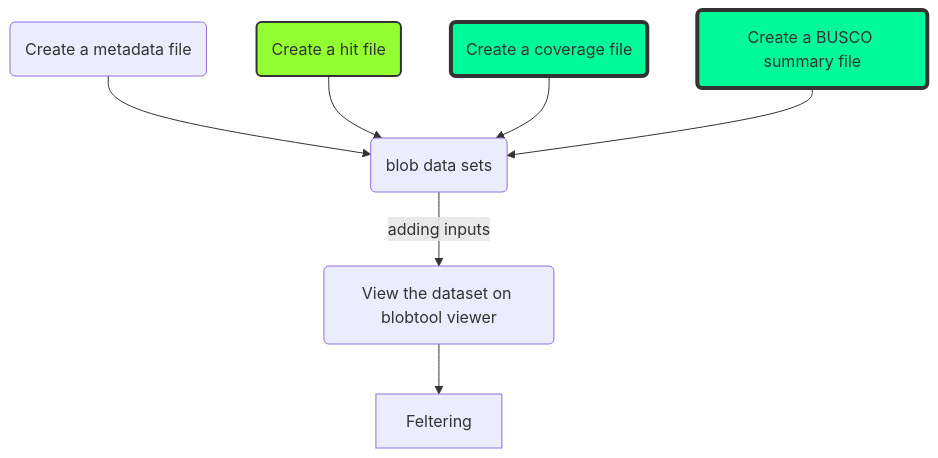
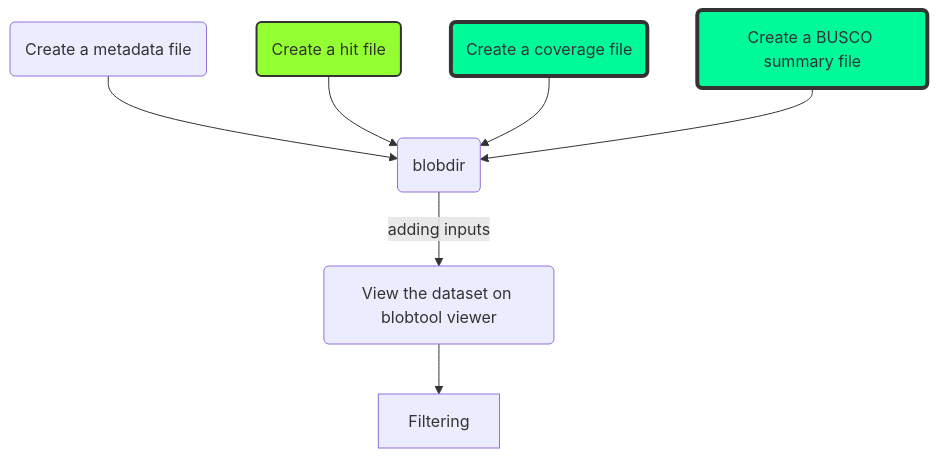
The diagram in README.md (SolayMane/BTKCourse), drawn with Mermaid before and after one commit. The commit also changed other lines of this file, not shown here.

````diff
--- a/README.md
+++ b/README.md
@@ -43,14 +46,14 @@
 ```mermaid
 graph TB
     er(Create a metadata file) --> aa(blobdir)
     a(Create a hit file) --> aa(blobdir)
     b(Create a coverage file) --> aa(blobdir)
-    c(Create a BUSCO summary file) --> aa(blob data sets)
+    c(Create a BUSCO summary file) --> aa(blobdir)
     aa -->| adding inputs| x(View the dataset on blobtool viewer)
-    x --> Feltering
+    x --> Filtering
         classDef green fill:#93FF33,stroke:#333,stroke-width:2px
         classDef blue fill:#00FA9A,stroke:#333,stroke-width:4px
        
         class g,a,h green
         class b,c,d,e,f blue
- ```      
+```      
````
